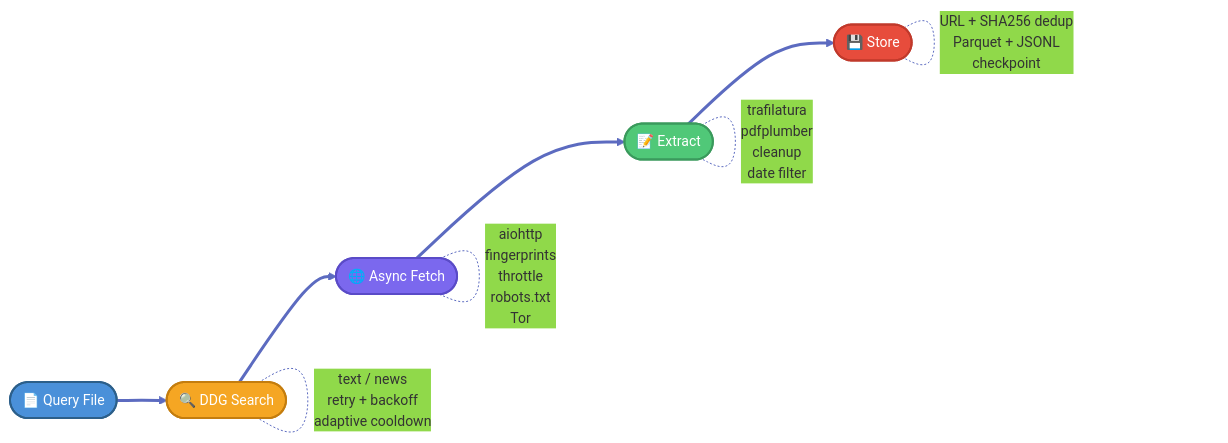
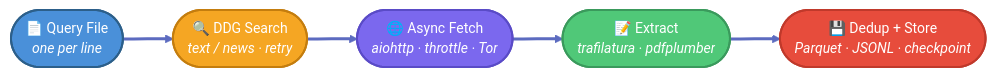
The diagram in README.md (HydrAI/financial_webscrap), drawn with Mermaid before and after one commit. The commit also changed 1 other file, not shown here.

Commit message:
Fix Mermaid self-referencing links that may not render on GitHub
Move annotations from self-loop links into node labels for reliable
rendering across all GitHub Mermaid versions.

````diff
--- a/README.md
+++ b/README.md
@@ -281,24 +281,22 @@
 ```mermaid
 %%{init: {'theme': 'base', 'themeVariables': {'primaryColor': '#4a90d9', 'lineColor': '#5c6bc0', 'fontSize': '14px'}}}%%
 flowchart LR
-    A([" 📄 Query File "]):::blue --> B([" 🔍 DDG Search "]):::orange
-    B --> C([" 🌐 Async Fetch "]):::purple
-    C --> D([" 📝 Extract "]):::green
-    D --> E([" 💾 Store "]):::red
+    A([" 📄 Query File\n<i>one per line</i> "]):::blue
+    B([" 🔍 DDG Search\n<i>text / news · retry</i> "]):::orange
+    C([" 🌐 Async Fetch\n<i>aiohttp · throttle · Tor</i> "]):::purple
+    D([" 📝 Extract\n<i>trafilatura · pdfplumber</i> "]):::green
+    E([" 💾 Dedup + Store\n<i>Parquet · JSONL · checkpoint</i> "]):::red
 
-    B -.-|"text / news\nretry + backoff\nadaptive cooldown"| B
-    C -.-|"aiohttp\nfingerprints\nthrottle\nrobots.txt\nTor"| C
-    D -.-|"trafilatura\npdfplumber\ncleanup\ndate filter"| D
-    E -.-|"URL + SHA256 dedup\nParquet + JSONL\ncheckpoint"| E
+    A --> B --> C --> D --> E
 
     classDef blue fill:#4a90d9,stroke:#2c5f8a,color:#fff,stroke-width:2px
     classDef orange fill:#f5a623,stroke:#c47d0e,color:#fff,stroke-width:2px
     classDef purple fill:#7b68ee,stroke:#5a4bc7,color:#fff,stroke-width:2px
     classDef green fill:#50c878,stroke:#3a9a5c,color:#fff,stroke-width:2px
     classDef red fill:#e74c3c,stroke:#c0392b,color:#fff,stroke-width:2px
 
     linkStyle 0 stroke:#5c6bc0,stroke-width:3px
     linkStyle 1 stroke:#5c6bc0,stroke-width:3px
     linkStyle 2 stroke:#5c6bc0,stroke-width:3px
     linkStyle 3 stroke:#5c6bc0,stroke-width:3px
 ```
````
